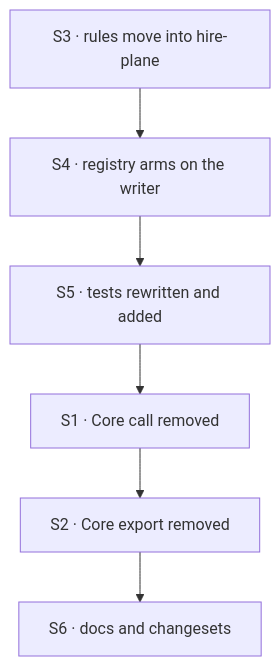
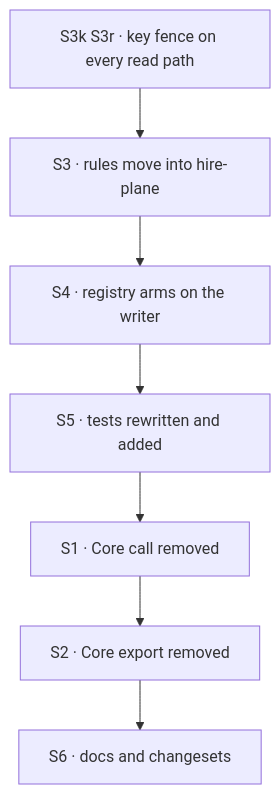
One commit to fixpoint-labs/flow-state-dev changed the diagram in specs/issues/FIX-1549/PLAN.md. Above: the diagram before and after it, drawn with Mermaid. The commit also changed other lines of this file and 9 other files, not shown here.

First line of the commit message:
spec(FIX-1549): fence user-owned roster rows by their key; arming gates only the startup refusal

````diff
--- a/specs/issues/FIX-1549/PLAN.md
+++ b/specs/issues/FIX-1549/PLAN.md
@@ -21,8 +23,9 @@
 ```mermaid
 flowchart TD
-  S3["S3 · rules move into hire-plane"] --> S4["S4 · registry arms on the writer"]
+  S3K["S3k S3r · key fence on every read path"] --> S3["S3 · rules move into hire-plane"]
+  S3 --> S4["S4 · registry arms on the writer"]
   S4 --> S5["S5 · tests rewritten and added"]
   S5 --> S1["S1 · Core call removed"]
   S1 --> S2["S2 · Core export removed"]
   S2 --> S6["S6 · docs and changesets"]
 ```
````
